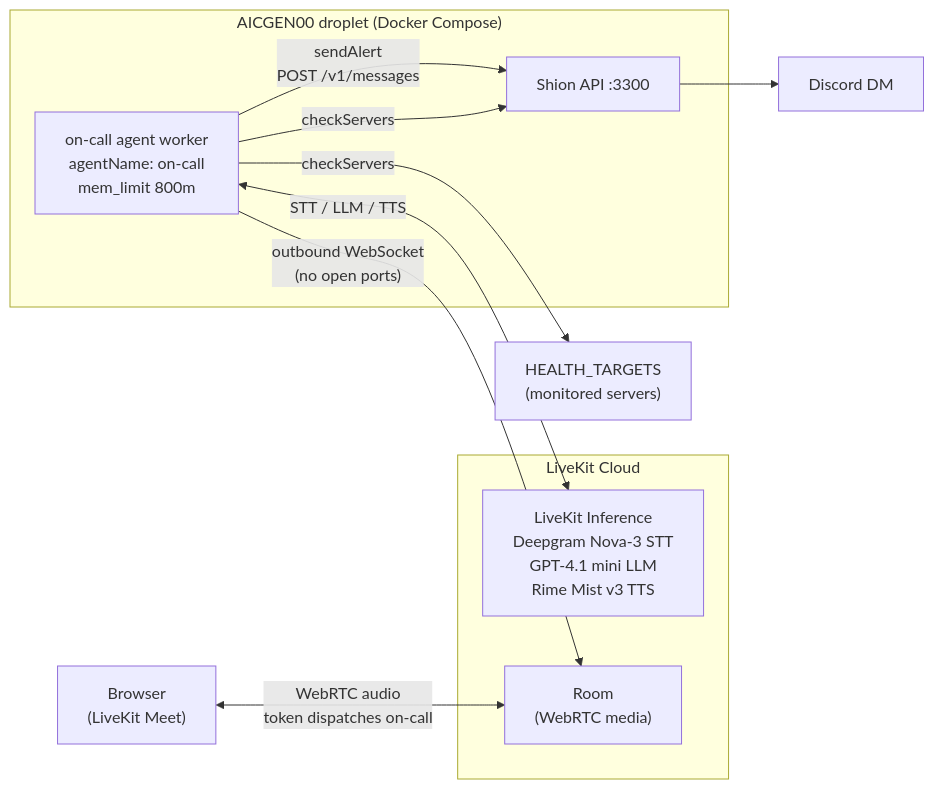
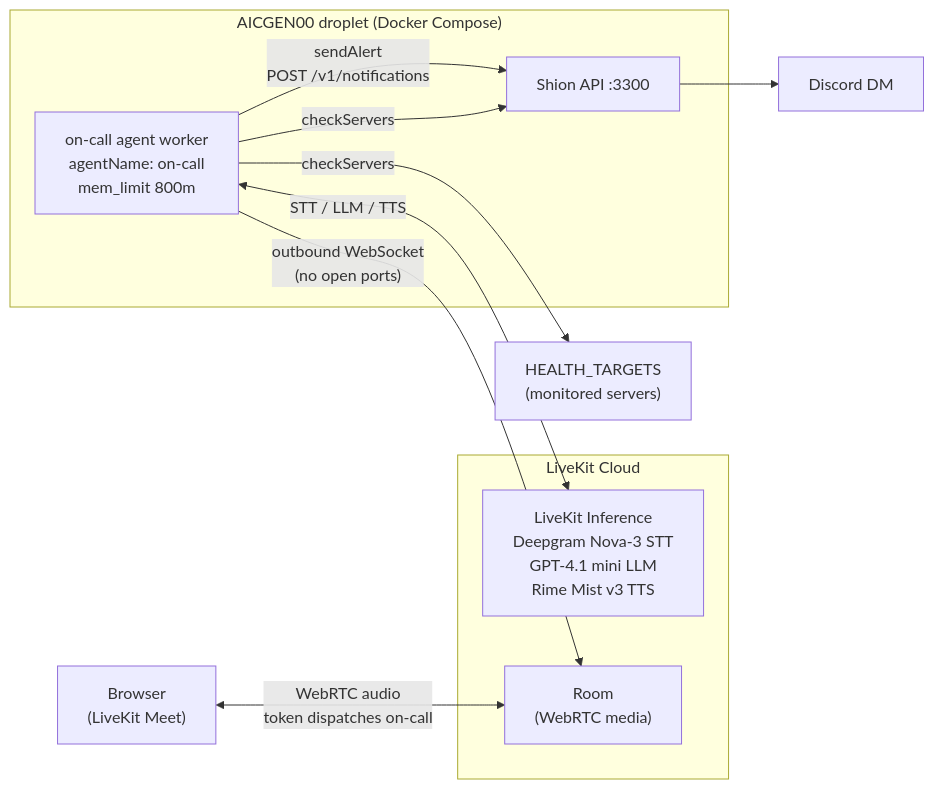
One commit to 4lch4/LiveKit-Demo changed the diagram in README.md. Above: the diagram before and after it, drawn with Mermaid. The commit also changed 3 other files, not shown here.

First line of the commit message:
fix: send alerts to Shion's /v1/notifications endpoint

````diff
--- a/README.md
+++ b/README.md
@@ -21,25 +21,25 @@
 ```mermaid
 flowchart LR
     browser["Browser<br/>(LiveKit Meet)"]
 
     subgraph cloud["LiveKit Cloud"]
         room["Room<br/>(WebRTC media)"]
         inference["LiveKit Inference<br/>Deepgram Nova-3 STT<br/>GPT-4.1 mini LLM<br/>Rime Mist v3 TTS"]
     end
 
     subgraph droplet["AICGEN00 droplet (Docker Compose)"]
         agent["on-call agent worker<br/>agentName: on-call<br/>mem_limit 800m"]
         shion["Shion API :3300"]
     end
 
     targets["HEALTH_TARGETS<br/>(monitored servers)"]
     discord["Discord DM"]
 
     browser <-->|"WebRTC audio<br/>token dispatches on-call"| room
     agent -->|"outbound WebSocket<br/>(no open ports)"| room
     agent <-->|"STT / LLM / TTS"| inference
     agent -->|"checkServers"| targets
     agent -->|"checkServers"| shion
-    agent -->|"sendAlert<br/>POST /v1/messages"| shion
+    agent -->|"sendAlert<br/>POST /v1/notifications"| shion
     shion --> discord
 ```
````
